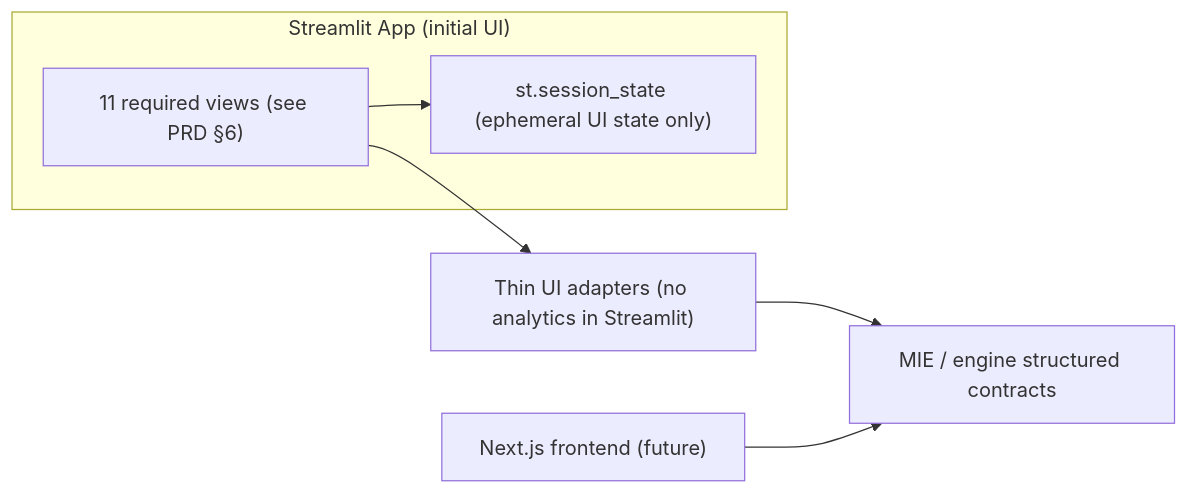
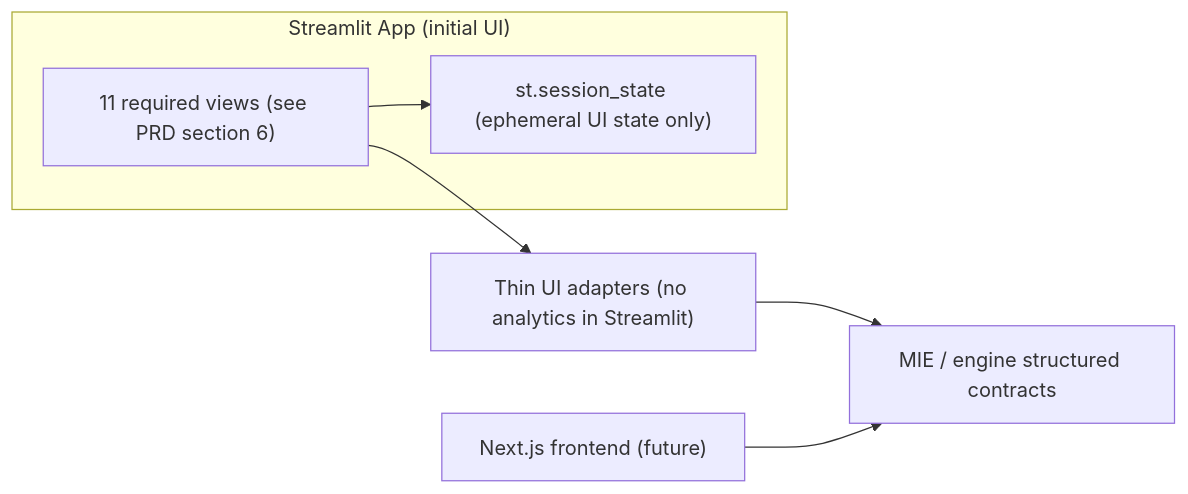
The ninth of 10 diagrams in docs/ARCHITECTURE.md (Subhadip-Paul2006/IPL_Team), drawn with Mermaid before and after one commit. The commit also changed other lines of this file, not shown here.

````diff
--- a/docs/ARCHITECTURE.md
+++ b/docs/ARCHITECTURE.md
@@ -333,11 +368,11 @@
 ```mermaid
 flowchart LR
     subgraph Streamlit["Streamlit App (initial UI)"]
-        SUI["11 required views (see PRD §6)"]
+        SUI["11 required views (see PRD section 6)"]
         SSESS["st.session_state (ephemeral UI state only)"]
     end
     SUI --> SSESS
     SUI --> Adapter["Thin UI adapters (no analytics in Streamlit)"]
     Adapter --> MIE["MIE / engine structured contracts"]
     MUI["Next.js frontend (future)"] --> MIE
 ```
````
